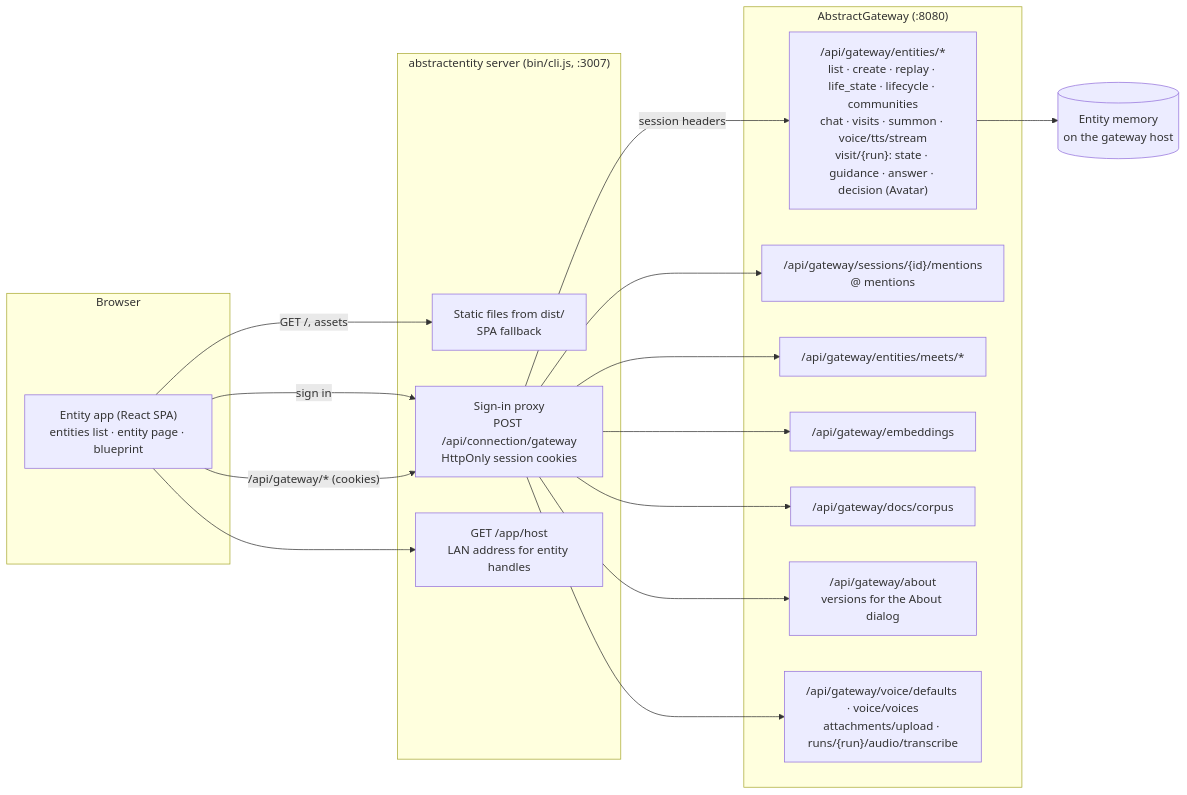
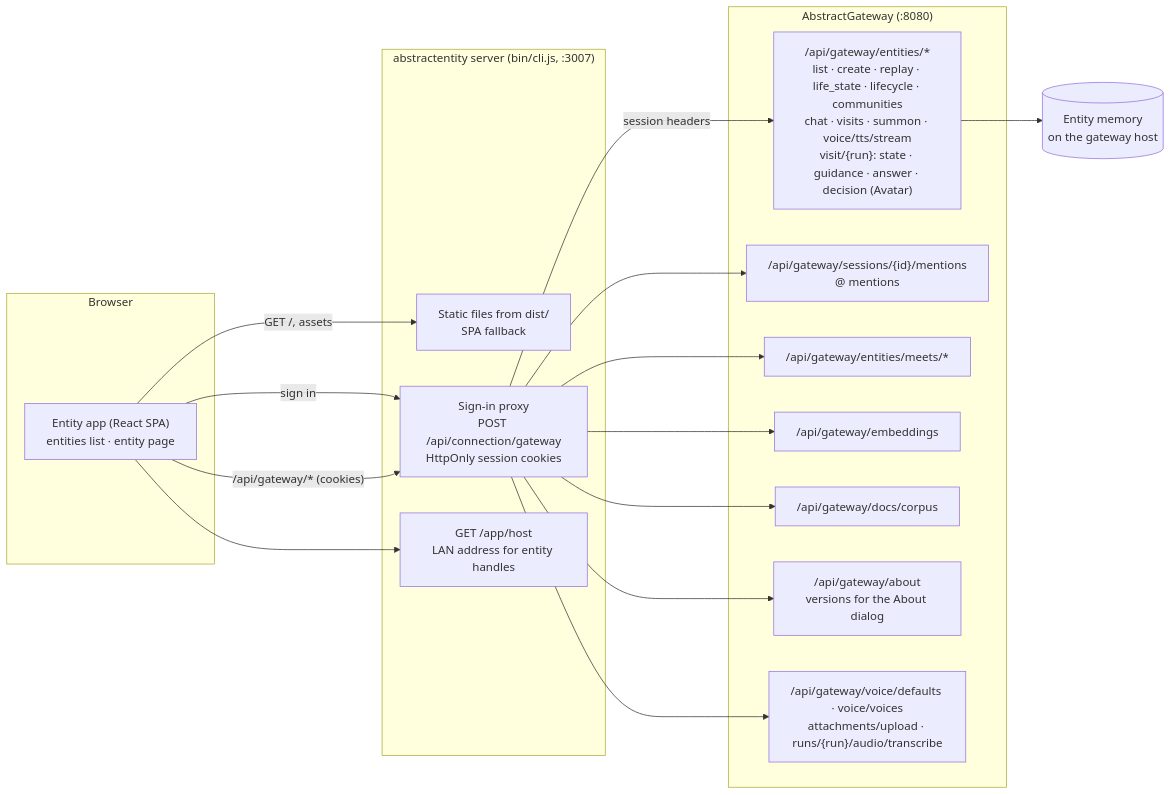
One commit to lpalbou/AbstractEntity changed the first of 4 diagrams in docs/architecture.md. Above: the diagram before and after it, drawn with Mermaid. The commit also changed other lines of this file and 12 other files, not shown here.

````diff
--- a/docs/architecture.md
+++ b/docs/architecture.md
@@ -15,34 +15,34 @@
 ```mermaid
 flowchart LR
   subgraph Browser
-    SPA["Entity app (React SPA)<br/>entities list · entity page · blueprint"]
+    SPA["Entity app (React SPA)<br/>entities list · entity page"]
   end
   subgraph Server["abstractentity server (bin/cli.js, :3007)"]
     Static["Static files from dist/<br/>SPA fallback"]
     Proxy["Sign-in proxy<br/>POST /api/connection/gateway<br/>HttpOnly session cookies"]
     Host["GET /app/host<br/>LAN address for entity handles"]
   end
   subgraph Gateway["AbstractGateway (:8080)"]
     Entities["/api/gateway/entities/*<br/>list · create · replay · life_state · lifecycle · communities<br/>chat · visits · summon · voice/tts/stream<br/>visit/{run}: state · guidance · answer · decision (Avatar)"]
     Sessions["/api/gateway/sessions/{id}/mentions<br/>@ mentions"]
     Meets["/api/gateway/entities/meets/*"]
     Embed["/api/gateway/embeddings"]
     Docs["/api/gateway/docs/corpus"]
     About["/api/gateway/about<br/>versions for the About dialog"]
     Voice["/api/gateway/voice/defaults · voice/voices<br/>attachments/upload · runs/{run}/audio/transcribe"]
   end
   Memory[("Entity memory<br/>on the gateway host")]
 
   SPA -- "GET /, assets" --> Static
   SPA -- "sign in" --> Proxy
   SPA -- "/api/gateway/* (cookies)" --> Proxy
   SPA --> Host
   Proxy -- "session headers" --> Entities
   Proxy --> Meets
   Proxy --> Sessions
   Proxy --> Embed
   Proxy --> Docs
   Proxy --> About
   Proxy --> Voice
   Entities --> Memory
 ```
````
